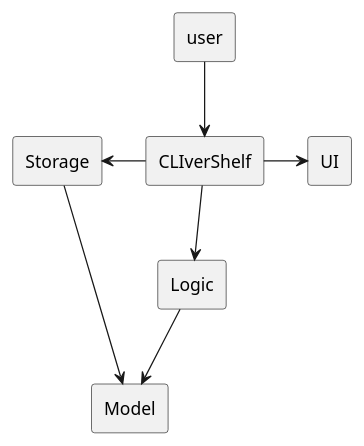
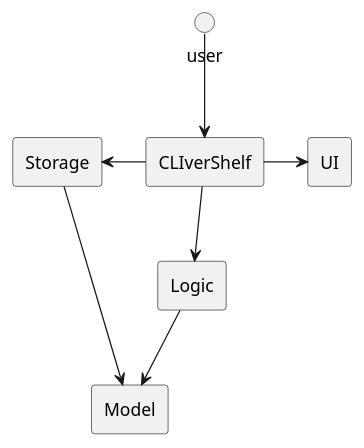
One commit to zh1huang/tp changed the diagram in docs/puml/Architecture.puml. Above: the diagram before and after it, drawn with PlantUML. The commit also changed 1 other file, not shown here.

Commit message:
Minor update to architecture diagram

```diff
--- a/docs/puml/Architecture.puml
+++ b/docs/puml/Architecture.puml
@@ -1,9 +1,9 @@
 @startuml
 skinparam componentStyle rectangle
-[user] -down-> [CLIverShelf]
+user -down-> [CLIverShelf]
 [CLIverShelf] -down-> [Logic]
 [Logic] -down-> [Model]
 [Storage] --> [Model]
 [CLIverShelf] -right-> [UI]
 [CLIverShelf] -left-> [Storage]
 @enduml
```
